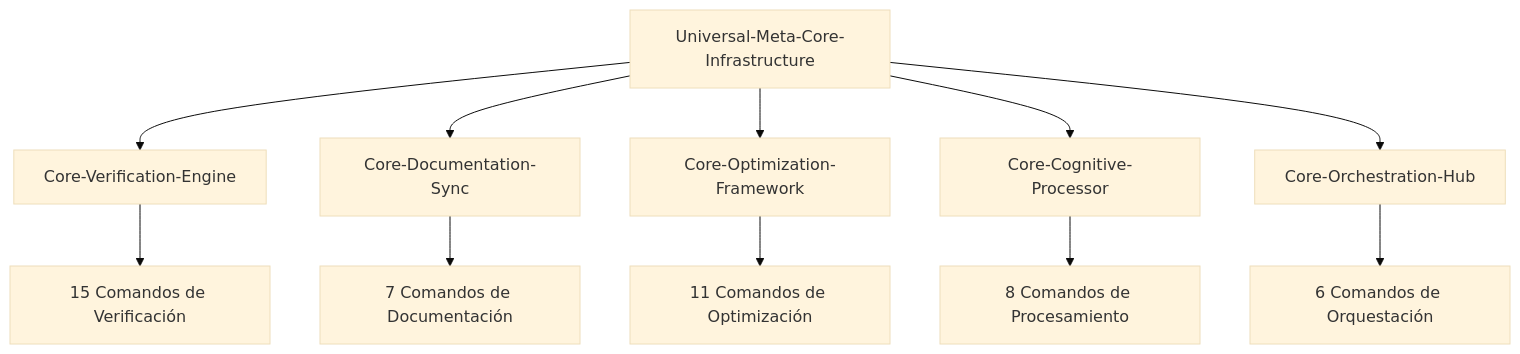
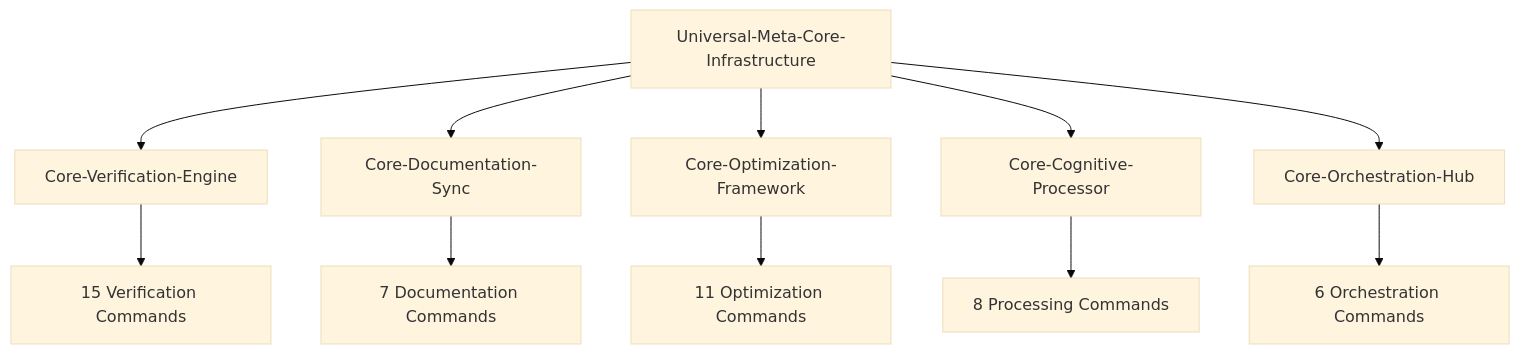
Before and after one commit to neestoralvz/claude-context-engineering: the third of 3 diagrams in docs/commands/cores/universal-meta-core-infrastructure.md, drawn with Mermaid (base theme). The commit also changed other lines of this file and 387 other files, not shown here.

````diff
--- a/docs/commands/cores/universal-meta-core-infrastructure.md
+++ b/docs/commands/cores/universal-meta-core-infrastructure.md
@@ -87,14 +219,14 @@
 ```mermaid
 graph TB
     A[Universal-Meta-Core-Infrastructure] --> B[Core-Verification-Engine]
     A --> C[Core-Documentation-Sync]
     A --> D[Core-Optimization-Framework]
     A --> E[Core-Cognitive-Processor]
     A --> F[Core-Orchestration-Hub]
     
-    B --> G[15 Comandos de Verificación]
-    C --> H[7 Comandos de Documentación]
-    D --> I[11 Comandos de Optimización]
-    E --> J[8 Comandos de Procesamiento]
-    F --> K[6 Comandos de Orquestación]
+    B --> G[15 Verification Commands]
+    C --> H[7 Documentation Commands]
+    D --> I[11 Optimization Commands]
+    E --> J[8 Processing Commands]
+    F --> K[6 Orchestration Commands]
 ```
````
